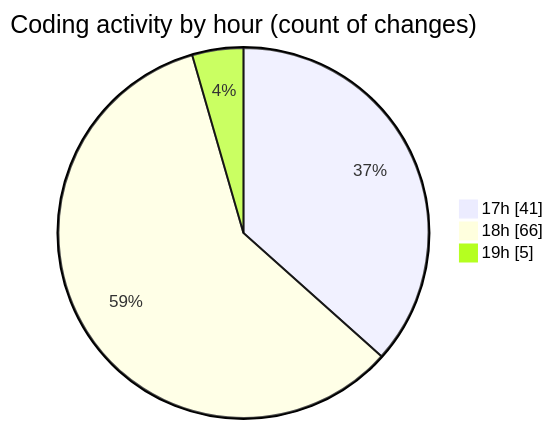
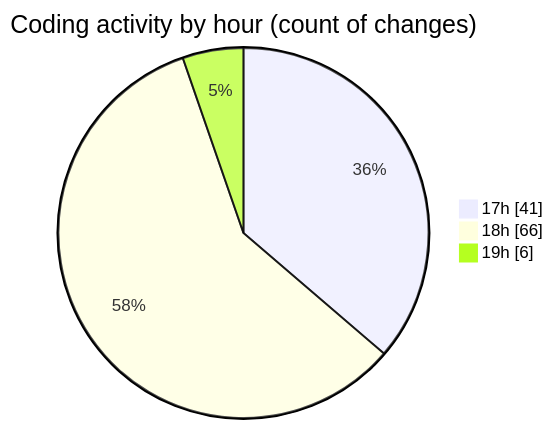
The second of 2 diagrams in 2025-03-20/cda/README.md (momahboobian/code-tracking), drawn with Mermaid before and after one commit. The commit also changed other lines of this file and 1 other file, not shown here.

````diff
--- a/2025-03-20/cda/README.md
+++ b/2025-03-20/cda/README.md
@@ -35,7 +35,7 @@
 ```mermaid
 pie showData
 title Coding activity by hour (count of changes)
 "17h" : 41
 "18h" : 66
-"19h" : 5
+"19h" : 6
 ```
````
